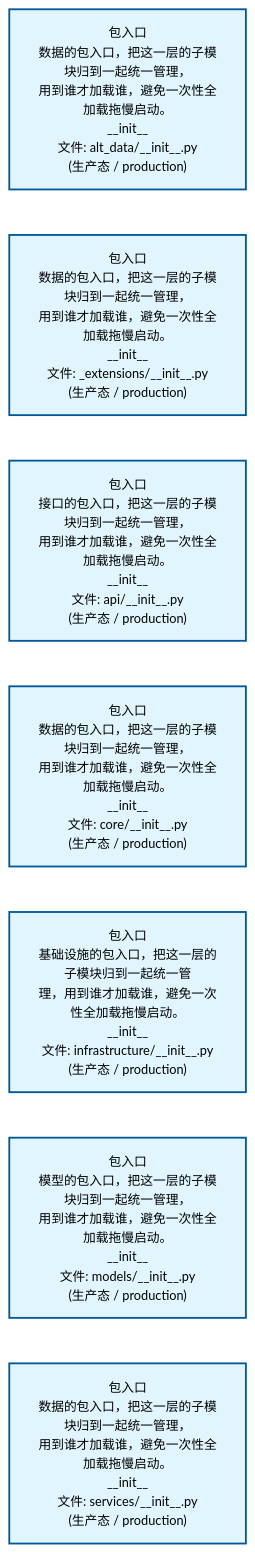
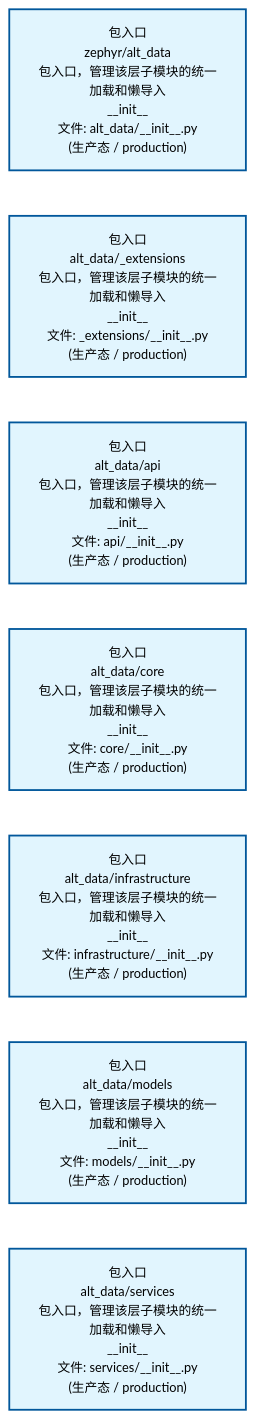
Before and after one commit to xuanFelixVan/ZephyrAlpha: the second of 2 diagrams in docs/02_enterprise_architecture/02_domain_architecture_docs/09_d_alt_data.md, drawn with Mermaid. The commit also changed other lines of this file and 60 other files, not shown here.

````diff
--- a/docs/02_enterprise_architecture/02_domain_architecture_docs/09_d_alt_data.md
+++ b/docs/02_enterprise_architecture/02_domain_architecture_docs/09_d_alt_data.md
@@ -80,22 +80,22 @@
 ```mermaid
 %%{init: {'theme': 'base', 'themeVariables': {'primaryColor': '#eaeaea', 'primaryTextColor': '#333333', 'primaryBorderColor': '#666666', 'lineColor': '#666666', 'secondaryColor': '#eaeaea', 'tertiaryColor': '#eaeaea', 'fontSize': '14px'}}}%%
 flowchart TD
-    src_zephyr_alt_data_init_py["包入口<br/>数据的包入口，把这一层的子模块归到一起统一管理，<br/>用到谁才加载谁，避免一次性全加载拖慢启动。<br/>__init__<br/>文件: alt_data/__init__.py<br/>(生产态 / production)"]
-    src_zephyr_alt_data_extensions_init_py["包入口<br/>数据的包入口，把这一层的子模块归到一起统一管理，<br/>用到谁才加载谁，避免一次性全加载拖慢启动。<br/>__init__<br/>文件: _extensions/__init__.py<br/>(生产态 / production)"]
-    src_zephyr_alt_data_api_init_py["包入口<br/>接口的包入口，把这一层的子模块归到一起统一管理，<br/>用到谁才加载谁，避免一次性全加载拖慢启动。<br/>__init__<br/>文件: api/__init__.py<br/>(生产态 / production)"]
-    src_zephyr_alt_data_core_init_py["包入口<br/>数据的包入口，把这一层的子模块归到一起统一管理，<br/>用到谁才加载谁，避免一次性全加载拖慢启动。<br/>__init__<br/>文件: core/__init__.py<br/>(生产态 / production)"]
-    src_zephyr_alt_data_infrastructure_init_py["包入口<br/>基础设施的包入口，把这一层的子模块归到一起统一管<br/>理，用到谁才加载谁，避免一次性全加载拖慢启动。<br/>__init__<br/>文件: infrastructure/__init__.py<br/>(生产态 / production)"]
-    src_zephyr_alt_data_models_init_py["包入口<br/>模型的包入口，把这一层的子模块归到一起统一管理，<br/>用到谁才加载谁，避免一次性全加载拖慢启动。<br/>__init__<br/>文件: models/__init__.py<br/>(生产态 / production)"]
-    src_zephyr_alt_data_services_init_py["包入口<br/>数据的包入口，把这一层的子模块归到一起统一管理，<br/>用到谁才加载谁，避免一次性全加载拖慢启动。<br/>__init__<br/>文件: services/__init__.py<br/>(生产态 / production)"]
+    src_zephyr_alt_data_init_py["包入口<br/>zephyr/alt_data<br/>包入口，管理该层子模块的统一加载和懒导入<br/>__init__<br/>文件: alt_data/__init__.py<br/>(生产态 / production)"]
+    src_zephyr_alt_data_extensions_init_py["包入口<br/>alt_data/_extensions<br/>包入口，管理该层子模块的统一加载和懒导入<br/>__init__<br/>文件: _extensions/__init__.py<br/>(生产态 / production)"]
+    src_zephyr_alt_data_api_init_py["包入口<br/>alt_data/api<br/>包入口，管理该层子模块的统一加载和懒导入<br/>__init__<br/>文件: api/__init__.py<br/>(生产态 / production)"]
+    src_zephyr_alt_data_core_init_py["包入口<br/>alt_data/core<br/>包入口，管理该层子模块的统一加载和懒导入<br/>__init__<br/>文件: core/__init__.py<br/>(生产态 / production)"]
+    src_zephyr_alt_data_infrastructure_init_py["包入口<br/>alt_data/infrastructure<br/>包入口，管理该层子模块的统一加载和懒导入<br/>__init__<br/>文件: infrastructure/__init__.py<br/>(生产态 / production)"]
+    src_zephyr_alt_data_models_init_py["包入口<br/>alt_data/models<br/>包入口，管理该层子模块的统一加载和懒导入<br/>__init__<br/>文件: models/__init__.py<br/>(生产态 / production)"]
+    src_zephyr_alt_data_services_init_py["包入口<br/>alt_data/services<br/>包入口，管理该层子模块的统一加载和懒导入<br/>__init__<br/>文件: services/__init__.py<br/>(生产态 / production)"]
     src_zephyr_alt_data_init_py ~~~ src_zephyr_alt_data_extensions_init_py
     src_zephyr_alt_data_extensions_init_py ~~~ src_zephyr_alt_data_api_init_py
     src_zephyr_alt_data_api_init_py ~~~ src_zephyr_alt_data_core_init_py
     src_zephyr_alt_data_core_init_py ~~~ src_zephyr_alt_data_infrastructure_init_py
     src_zephyr_alt_data_infrastructure_init_py ~~~ src_zephyr_alt_data_models_init_py
     src_zephyr_alt_data_models_init_py ~~~ src_zephyr_alt_data_services_init_py
     classDef production fill:#e1f5fe,stroke:#01579b,stroke-width:2px,color:#000
     classDef design fill:#fff3e0,stroke:#e65100,stroke-width:2px,color:#000,stroke-dasharray: 5 5
     classDef external_prod fill:#e8f4fd,stroke:#0277bd,stroke-width:1px,color:#000
     classDef external_design fill:#fff8e7,stroke:#ef6c00,stroke-width:1px,color:#000,stroke-dasharray: 5 5
     class src_zephyr_alt_data_init_py,src_zephyr_alt_data_extensions_init_py,src_zephyr_alt_data_api_init_py,src_zephyr_alt_data_core_init_py,src_zephyr_alt_data_infrastructure_init_py,src_zephyr_alt_data_models_init_py,src_zephyr_alt_data_services_init_py production
 ```
````
